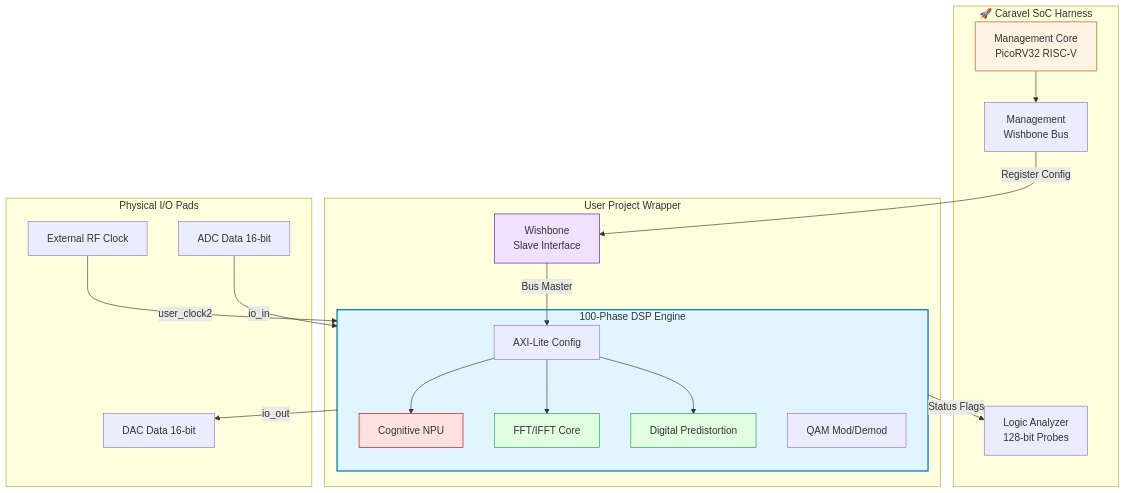
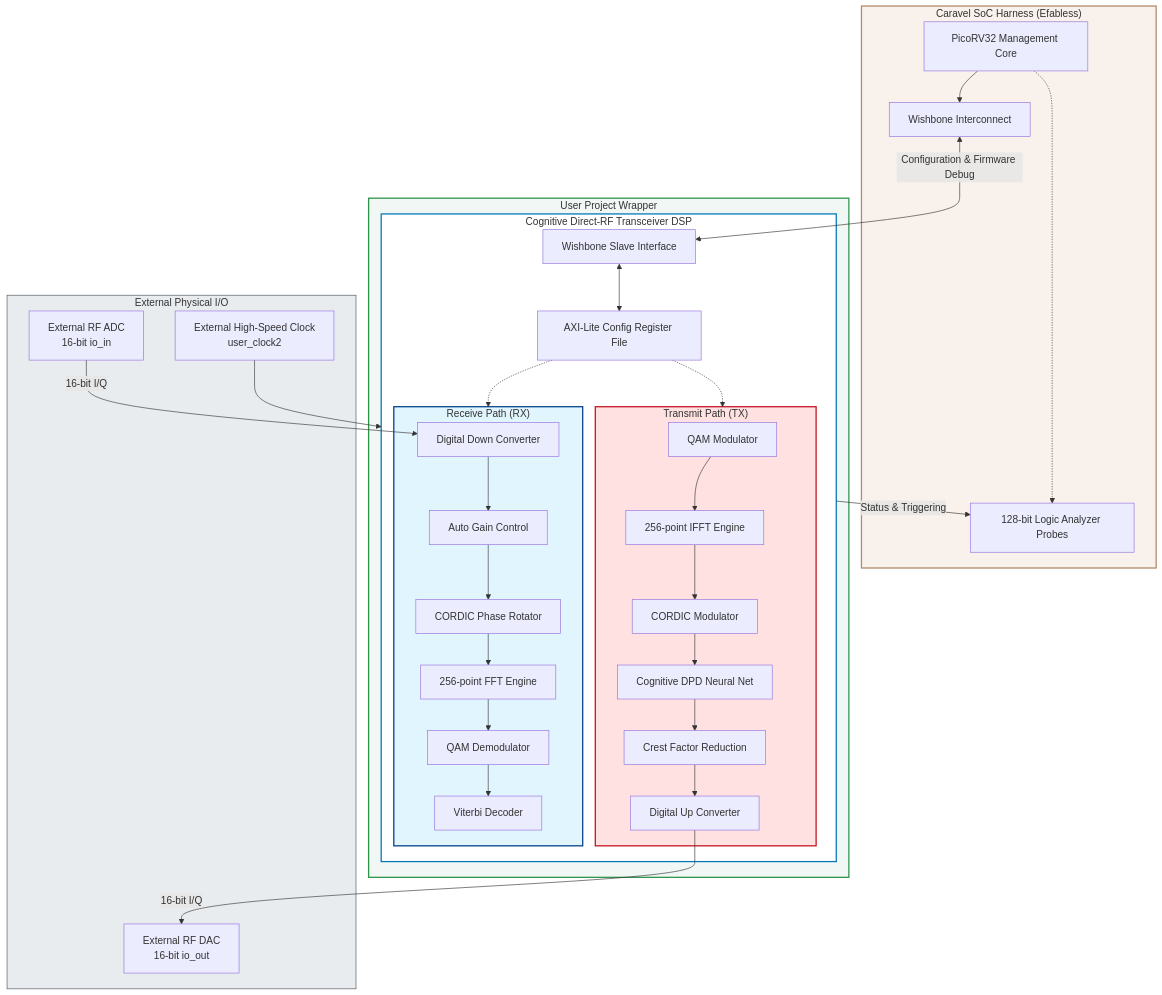
One commit to bazx-bit/caravel-direct-rf changed the diagram in README.md. Above: the diagram before and after it, drawn with Mermaid. The commit also changed other lines of this file, not shown here.

Commit message:
docs: Add detailed comprehensive Mermaid architecture and project timelines

````diff
--- a/README.md
+++ b/README.md
@@ -37,47 +37,64 @@
 ```mermaid
 graph TB
-    subgraph CARAVEL["🚀 Caravel SoC Harness"]
-        MGMT_CORE[Management Core<br/>PicoRV32 RISC-V]
-        MGMT_BUS[Management<br/>Wishbone Bus]
-        LA_PROBES[Logic Analyzer<br/>128-bit Probes]
+    subgraph SOC["Caravel SoC Harness (Efabless)"]
+        CPU[PicoRV32 Management Core]
+        WB[Wishbone Interconnect]
+        LA[128-bit Logic Analyzer Probes]
+        
+        CPU --> WB
+        CPU -.-> LA
+    end
+
+    subgraph UPA["User Project Wrapper"]
+        subgraph DSP_ENGINE["Cognitive Direct-RF Transceiver DSP"]
+            AXI_CTRL[AXI-Lite Config Register File]
+            
+            subgraph RX_PATH["Receive Path (RX)"]
+                DDC[Digital Down Converter]
+                AGC[Auto Gain Control]
+                CORDIC_RX[CORDIC Phase Rotator]
+                FFT[256-point FFT Engine]
+                DEMOD[QAM Demodulator]
+                VITERBI[Viterbi Decoder]
+            end
+            
+            subgraph TX_PATH["Transmit Path (TX)"]
+                QAM[QAM Modulator]
+                IFFT[256-point IFFT Engine]
+                CORDIC_TX[CORDIC Modulator]
+                DPD[Cognitive DPD Neural Net]
+                CFR[Crest Factor Reduction]
+                DUC[Digital Up Converter]
+            end
+            
+            WB_SLAVE[Wishbone Slave Interface]
+        end
     end
     
-    subgraph USER_PROJECT["User Project Wrapper"]
-        subgraph DSP_CORE["100-Phase DSP Engine"]
-            AXI[AXI-Lite Config]
-            NPU[Cognitive NPU]
-            FFT[FFT/IFFT Core]
-            DPD[Digital Predistortion]
-            MOD[QAM Mod/Demod]
-        end
-        
-        MGMT_IF[Wishbone<br/>Slave Interface]
+    subgraph IO["External Physical I/O"]
+        ADC[External RF ADC<br/>16-bit io_in]
+        DAC[External RF DAC<br/>16-bit io_out]
+        CLK[External High-Speed Clock<br/>user_clock2]
     end
+
+    WB <-->|Configuration & Firmware Debug| WB_SLAVE
+    WB_SLAVE <--> AXI_CTRL
+    AXI_CTRL -.-> RX_PATH
+    AXI_CTRL -.-> TX_PATH
     
-    subgraph IO_PADS["Physical I/O Pads"]
-        ADC_PADS[ADC Data 16-bit]
-        DAC_PADS[DAC Data 16-bit]
-        CLK_PAD[External RF Clock]
-    end
+    ADC -->|16-bit I/Q| DDC
+    DDC --> AGC --> CORDIC_RX --> FFT --> DEMOD --> VITERBI
     
-    MGMT_CORE --> MGMT_BUS
-    MGMT_BUS -->|Register Config| MGMT_IF
-    MGMT_IF -->|Bus Master| AXI
+    QAM --> IFFT --> CORDIC_TX --> DPD --> CFR --> DUC
+    DUC -->|16-bit I/Q| DAC
+    CLK --> DSP_ENGINE
     
-    AXI --> NPU
-    AXI --> FFT
-    AXI --> DPD
-    
-    ADC_PADS -->|io_in| DSP_CORE
-    DSP_CORE -->|io_out| DAC_PADS
-    CLK_PAD -->|user_clock2| DSP_CORE
-    
-    DSP_CORE -->|Status Flags| LA_PROBES
-    
-    style MGMT_CORE fill:#fff4e1,stroke:#d4a373,stroke-width:2px
-    style DSP_CORE fill:#e1f5ff,stroke:#0077b6,stroke-width:2px
-    style NPU fill:#ffe1e1,stroke:#d00000
-    style FFT fill:#e1ffe1,stroke:#2b9348
-    style DPD fill:#e1ffe1,stroke:#2b9348
-    style MGMT_IF fill:#f0e1ff,stroke:#5a189a
+    DSP_ENGINE -->|Status & Triggering| LA
+
+    style SOC fill:#f9f2ec,stroke:#b08968,stroke-width:2px
+    style UPA fill:#f0f7f4,stroke:#2b9348,stroke-width:2px
+    style DSP_ENGINE fill:#ffffff,stroke:#0077b6,stroke-width:2px
+    style RX_PATH fill:#e1f5ff,stroke:#023e8a,stroke-width:2px
+    style TX_PATH fill:#ffe1e1,stroke:#c1121f,stroke-width:2px
+    style IO fill:#e9ecef,stroke:#495057
 ```
````
